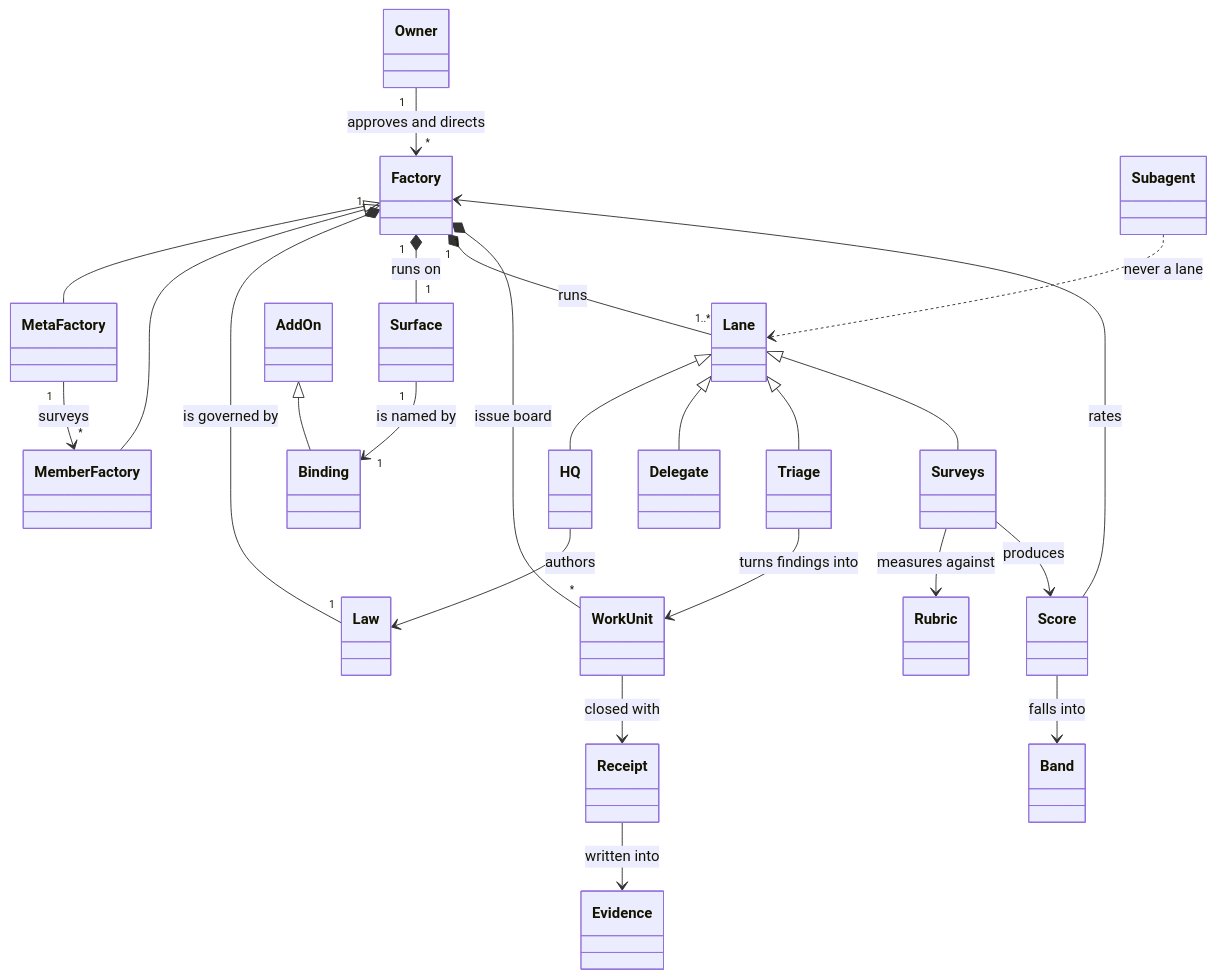
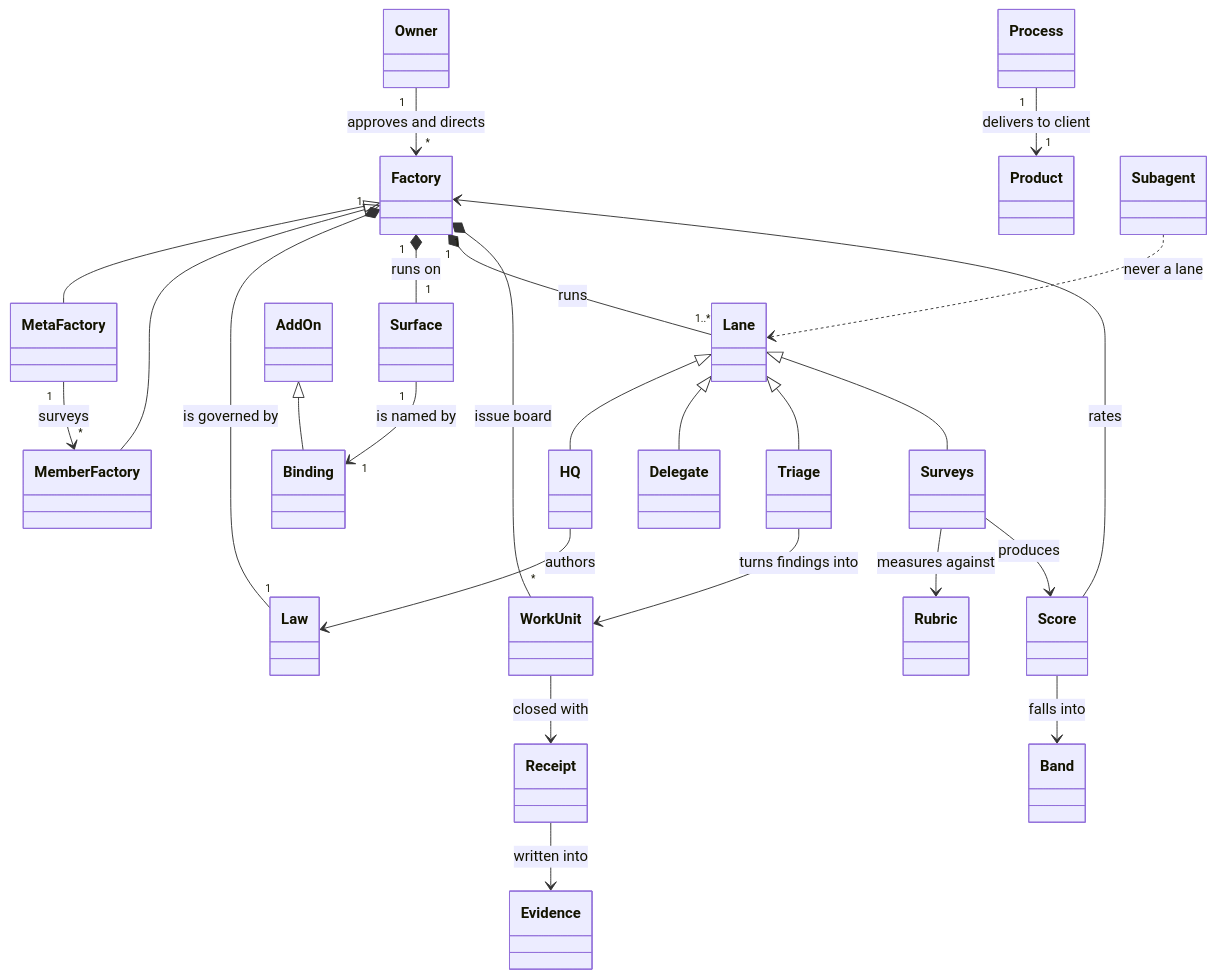
The first of 4 diagrams in ONTOLOGY.md (leshchenko1979/agent-factories), drawn with Mermaid before and after one commit. The commit also changed other lines of this file and 2 other files, not shown here.

Commit message:
Ontology: every process delivers a product; P2 client fixed to HQ+Owner

````diff
--- a/ONTOLOGY.md
+++ b/ONTOLOGY.md
@@ -69,47 +70,50 @@
 ```mermaid
 classDiagram
     class Factory
     class MetaFactory
     class MemberFactory
     class Owner
     class Lane
     class HQ
     class Delegate
     class Triage
     class Surveys
     class WorkUnit
     class Surface
     class Binding
     class AddOn
     class Law
     class Rubric
     class Score
     class Band
+    class Process
+    class Product
     class Receipt
     class Evidence
     class Subagent
 
     Factory <|-- MetaFactory
     Factory <|-- MemberFactory
     MetaFactory "1" --> "*" MemberFactory : surveys
     Owner "1" --> "*" Factory : approves and directs
     Factory "1" *-- "1" Law : is governed by
     Factory "1" *-- "1" Surface : runs on
     Factory "1" *-- "1..*" Lane : runs
     Factory "1" *-- "*" WorkUnit : issue board
     Surface "1" --> "1" Binding : is named by
     AddOn <|-- Binding
     Lane <|-- HQ
     Lane <|-- Delegate
     Lane <|-- Triage
     Lane <|-- Surveys
     HQ --> Law : authors
     Triage --> WorkUnit : turns findings into
     Surveys --> Rubric : measures against
     Surveys --> Score : produces
     Score --> Factory : rates
     Score --> Band : falls into
     WorkUnit --> Receipt : closed with
     Receipt --> Evidence : written into
+    Process "1" --> "1" Product : delivers to client
     Subagent ..> Lane : never a lane
 ```
````
